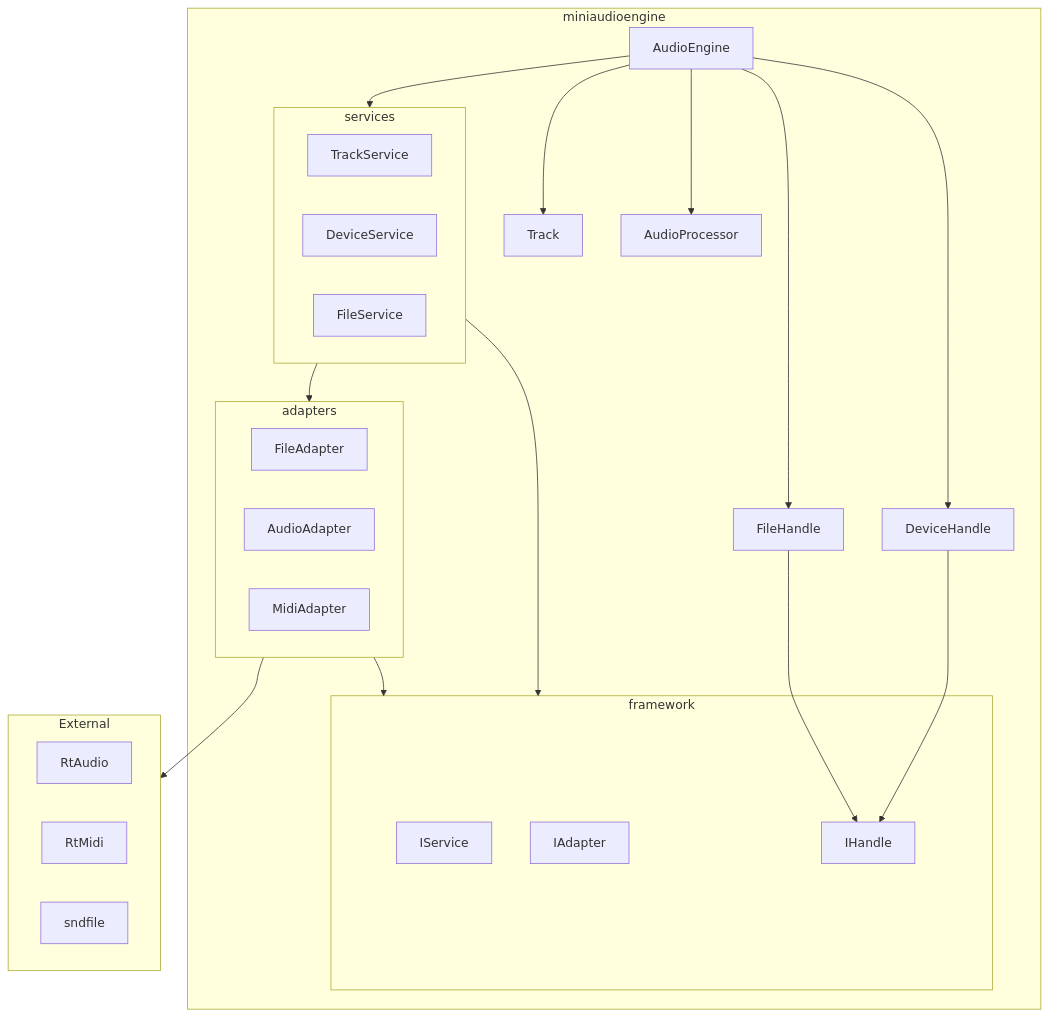
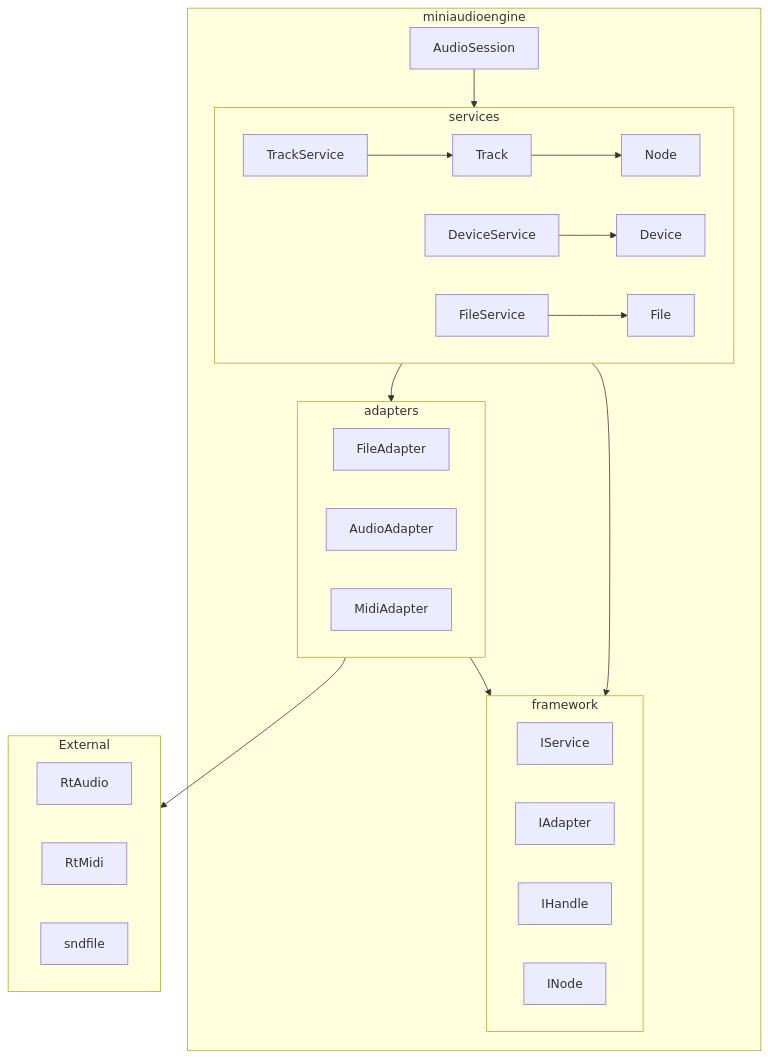
Diagram 15 of 21 in docs/DESIGN_DOC.md (aidan-clyens/miniaudioengine), drawn with Mermaid before and after one commit. The commit also changed other lines of this file, not shown here.

````diff
--- a/docs/DESIGN_DOC.md
+++ b/docs/DESIGN_DOC.md
@@ -672,50 +587,49 @@
 ```mermaid
 graph TD
     subgraph miniaudioengine
 
-        AudioEngine
-        Track
-        DeviceHandle
-        FileHandle
-        AudioProcessor
+        AudioSession
 
         subgraph framework
             IService
             IAdapter
             IHandle
+            INode
         end
 
         subgraph services
-            TrackService
             DeviceService
             FileService
+            TrackService
+            Track
+            Node
+            File
+            Device
         end
 
         subgraph adapters
             FileAdapter
             AudioAdapter
             MidiAdapter
         end
 
     end
 
     subgraph External
         RtAudio
         RtMidi
         sndfile
     end
 
-    AudioEngine --> services
-    AudioEngine --> Track
-    AudioEngine --> DeviceHandle
-    AudioEngine --> FileHandle
-    AudioEngine --> AudioProcessor
+    AudioSession --> services
 
-    DeviceHandle --> IHandle
-    FileHandle --> IHandle
+    TrackService --> Track
+    Track --> Node
+    DeviceService --> Device
+    FileService --> File
 
     services --> adapters
     adapters --> External
     services --> framework
     adapters --> framework
 ```
````
